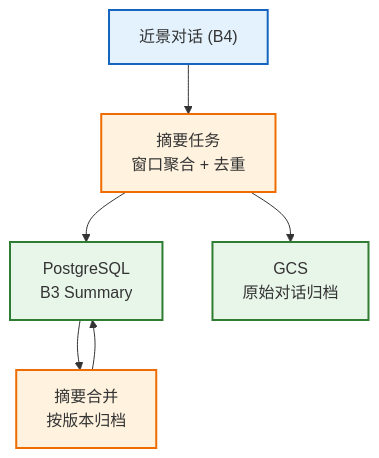
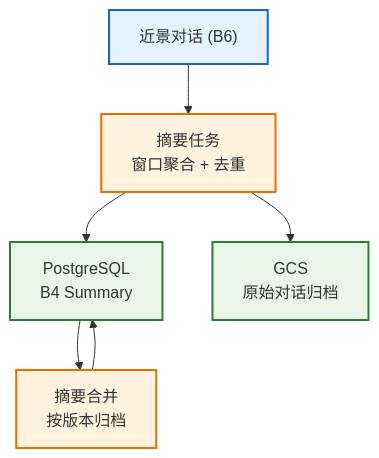
One commit to D15190304050/generic-agent changed the ninth of 38 diagrams in discussions/ContextManagerV6.md. Above: the diagram before and after it, drawn with Mermaid. The commit also changed other lines of this file, not shown here.

````diff
--- a/discussions/ContextManagerV6.md
+++ b/discussions/ContextManagerV6.md
@@ -688,16 +684,16 @@
 ```mermaid
 flowchart TB
     classDef input fill:#e3f2fd,stroke:#1565c0,stroke-width:2px;
     classDef process fill:#fff3e0,stroke:#ef6c00,stroke-width:2px;
     classDef store fill:#e8f5e9,stroke:#2e7d32,stroke-width:2px;
 
-    RecentTurns["近景对话 (B4)"]:::input
+    RecentTurns["近景对话 (B6)"]:::input
     SummaryJob["摘要任务<br/>窗口聚合 + 去重"]:::process
     SummaryMerge["摘要合并<br/>按版本归档"]:::process
-    PGSummary["PostgreSQL<br/>B3 Summary"]:::store
+    PGSummary["PostgreSQL<br/>B4 Summary"]:::store
     GCSRaw["GCS<br/>原始对话归档"]:::store
 
     RecentTurns --> SummaryJob --> PGSummary
     SummaryJob --> GCSRaw
     PGSummary --> SummaryMerge --> PGSummary
 ```
````
